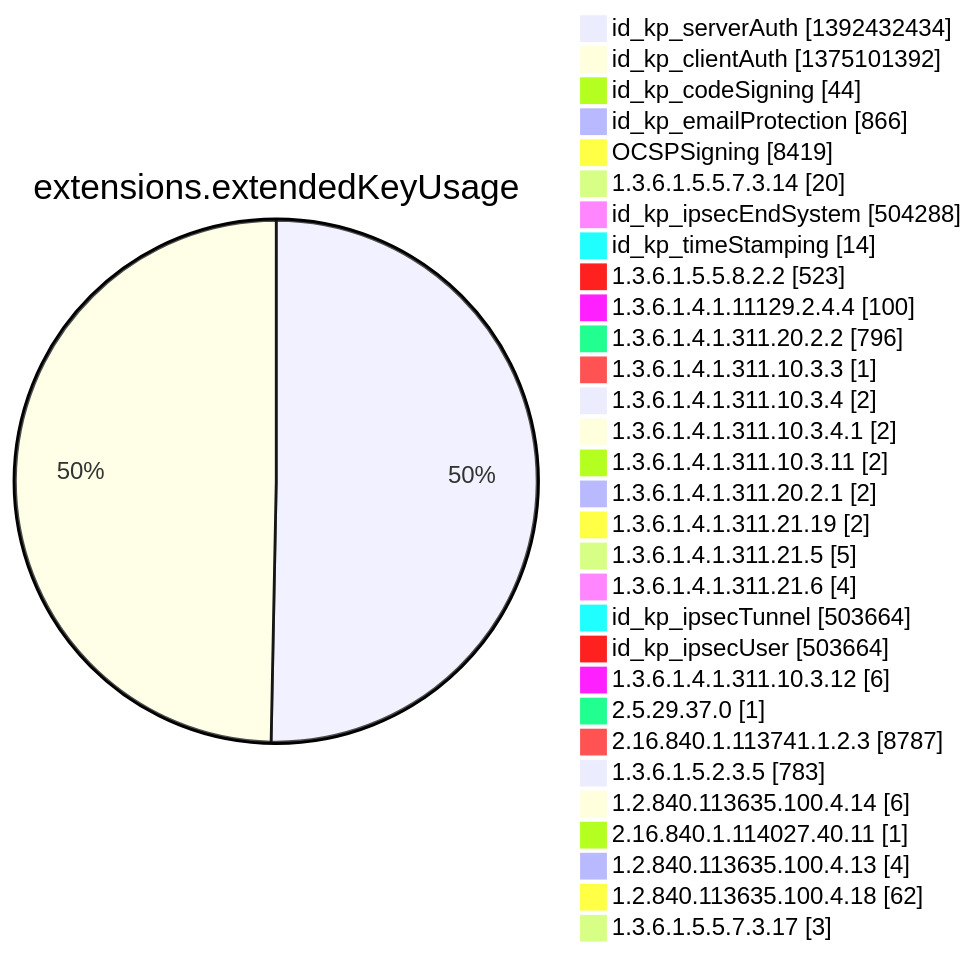
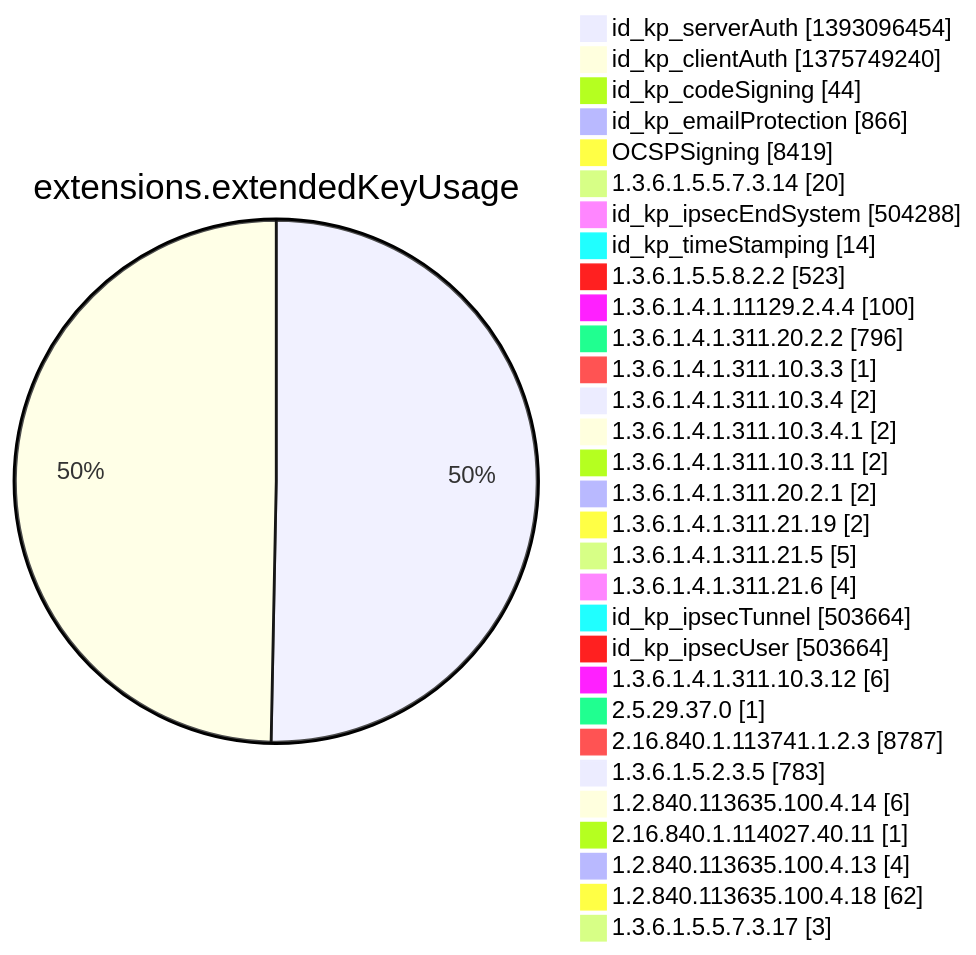
One commit to christiankrug/ctmonitor_visualization changed diagram 12 of 15 in argon2022/README.md. Above: the diagram before and after it, drawn with Mermaid. The commit also changed other lines of this file, not shown here.

````diff
--- a/argon2022/README.md
+++ b/argon2022/README.md
@@ -3554,34 +3554,34 @@
 ```mermaid
 pie showData
 title extensions.extendedKeyUsage
-"id_kp_serverAuth" :1392432434
-"id_kp_clientAuth" :1375101392
+"id_kp_serverAuth" :1393096454
+"id_kp_clientAuth" :1375749240
 "id_kp_codeSigning" :44
 "id_kp_emailProtection" :866
 "OCSPSigning" :8419
 "1.3.6.1.5.5.7.3.14" :20
 "id_kp_ipsecEndSystem" :504288
 "id_kp_timeStamping" :14
 "1.3.6.1.5.5.8.2.2" :523
 "1.3.6.1.4.1.11129.2.4.4" :100
 "1.3.6.1.4.1.311.20.2.2" :796
 "1.3.6.1.4.1.311.10.3.3" :1
 "1.3.6.1.4.1.311.10.3.4" :2
 "1.3.6.1.4.1.311.10.3.4.1" :2
 "1.3.6.1.4.1.311.10.3.11" :2
 "1.3.6.1.4.1.311.20.2.1" :2
 "1.3.6.1.4.1.311.21.19" :2
 "1.3.6.1.4.1.311.21.5" :5
 "1.3.6.1.4.1.311.21.6" :4
 "id_kp_ipsecTunnel" :503664
 "id_kp_ipsecUser" :503664
 "1.3.6.1.4.1.311.10.3.12" :6
 "2.5.29.37.0" :1
 "2.16.840.1.113741.1.2.3" :8787
 "1.3.6.1.5.2.3.5" :783
 "1.2.840.113635.100.4.14" :6
 "2.16.840.1.114027.40.11" :1
 "1.2.840.113635.100.4.13" :4
 "1.2.840.113635.100.4.18" :62
 "1.3.6.1.5.5.7.3.17" :3
 ```
````
